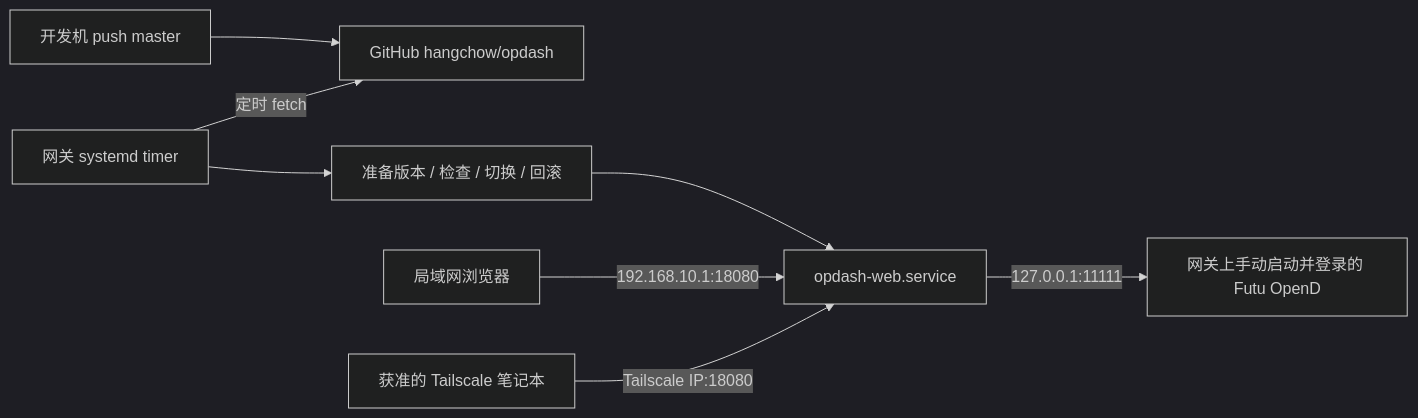
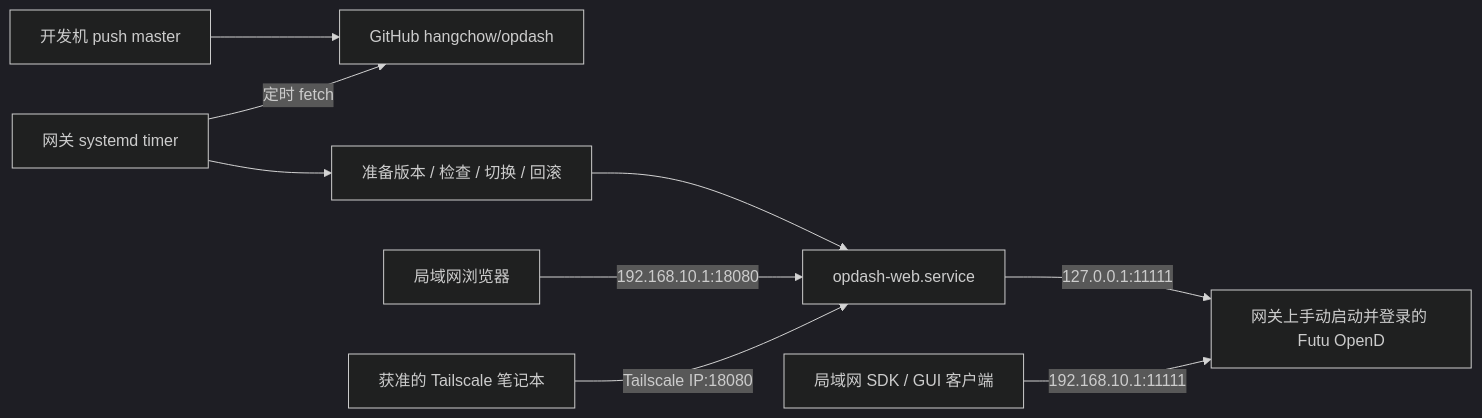
Before and after one commit to hangchow/opdash: the diagram in docs/deployment.md, drawn with Mermaid (dark theme). The commit also changed other lines of this file and 19 other files, not shown here.

````diff
--- a/docs/deployment.md
+++ b/docs/deployment.md
@@ -11,10 +11,11 @@
 ```mermaid
 flowchart LR
     Dev[开发机 push master] --> Git[GitHub hangchow/opdash]
     Timer[网关 systemd timer] -->|定时 fetch| Git
     Timer --> Deploy[准备版本 / 检查 / 切换 / 回滚]
     Deploy --> App[opdash-web.service]
     Browser[局域网浏览器] -->|192.168.10.1:18080| App
     Laptop[获准的 Tailscale 笔记本] -->|Tailscale IP:18080| App
     App -->|127.0.0.1:11111| OpenD[网关上手动启动并登录的 Futu OpenD]
+    LANClient[局域网 SDK / GUI 客户端] -->|192.168.10.1:11111| OpenD
 ```
````
